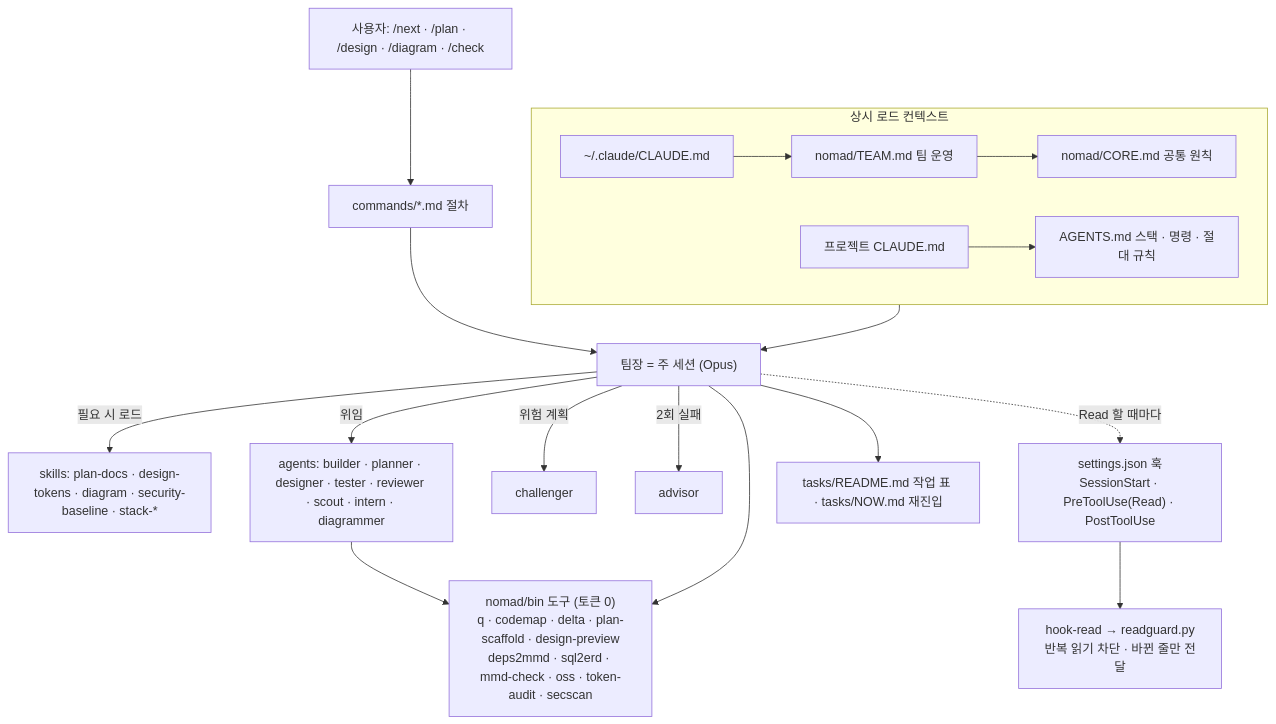
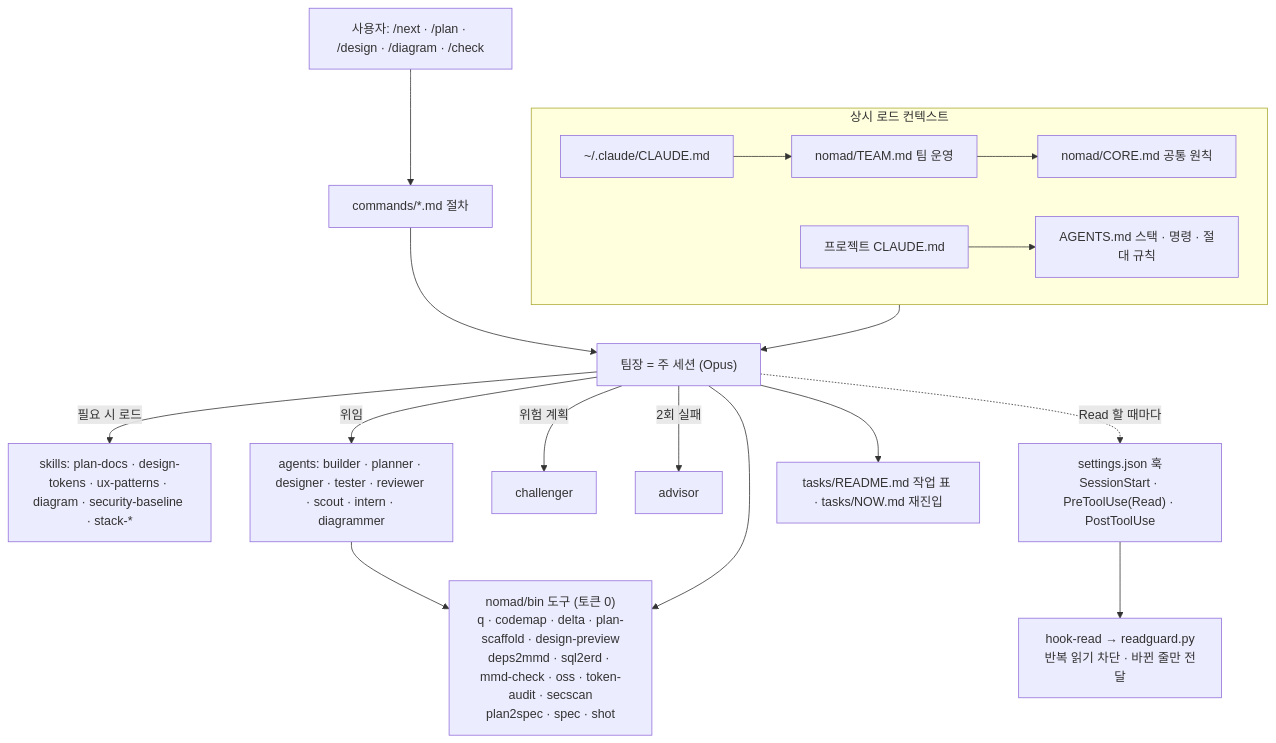
One commit to DevOps0906/nomad-agent-os changed the second of 2 diagrams in docs/REFERENCE.md. Above: the diagram before and after it, drawn with Mermaid. The commit also changed other lines of this file and 5 other files, not shown here.

````diff
--- a/docs/REFERENCE.md
+++ b/docs/REFERENCE.md
@@ -101,19 +105,19 @@
 ```mermaid
 flowchart TB
   U["사용자: /next · /plan · /design · /diagram · /check"] --> CMD["commands/*.md 절차"]
   subgraph CTX["상시 로드 컨텍스트"]
     GC["~/.claude/CLAUDE.md"] --> TEAM["nomad/TEAM.md 팀 운영"] --> CORE["nomad/CORE.md 공통 원칙"]
     PCL["프로젝트 CLAUDE.md"] --> AG["AGENTS.md 스택 · 명령 · 절대 규칙"]
   end
   CTX --> LEAD["팀장 = 주 세션 (Opus)"]
   CMD --> LEAD
-  LEAD -- "필요 시 로드" --> SK["skills: plan-docs · design-tokens · diagram · security-baseline · stack-*"]
+  LEAD -- "필요 시 로드" --> SK["skills: plan-docs · design-tokens · ux-patterns · diagram · security-baseline · stack-*"]
   LEAD -- "위임" --> TM["agents: builder · planner · designer · tester · reviewer · scout · intern · diagrammer"]
   LEAD -- "위험 계획" --> CH["challenger"]
   LEAD -- "2회 실패" --> AD["advisor"]
-  TM --> BIN["nomad/bin 도구 (토큰 0)<br/>q · codemap · delta · plan-scaffold · design-preview<br/>deps2mmd · sql2erd · mmd-check · oss · token-audit · secscan"]
+  TM --> BIN["nomad/bin 도구 (토큰 0)<br/>q · codemap · delta · plan-scaffold · design-preview<br/>deps2mmd · sql2erd · mmd-check · oss · token-audit · secscan<br/>plan2spec · spec · shot"]
   LEAD --> BIN
   HK["settings.json 훅<br/>SessionStart · PreToolUse(Read) · PostToolUse"] --> HR["hook-read → readguard.py<br/>반복 읽기 차단 · 바뀐 줄만 전달"]
   LEAD -. "Read 할 때마다" .-> HK
   LEAD --> TK["tasks/README.md 작업 표 · tasks/NOW.md 재진입"]
 ```
````
